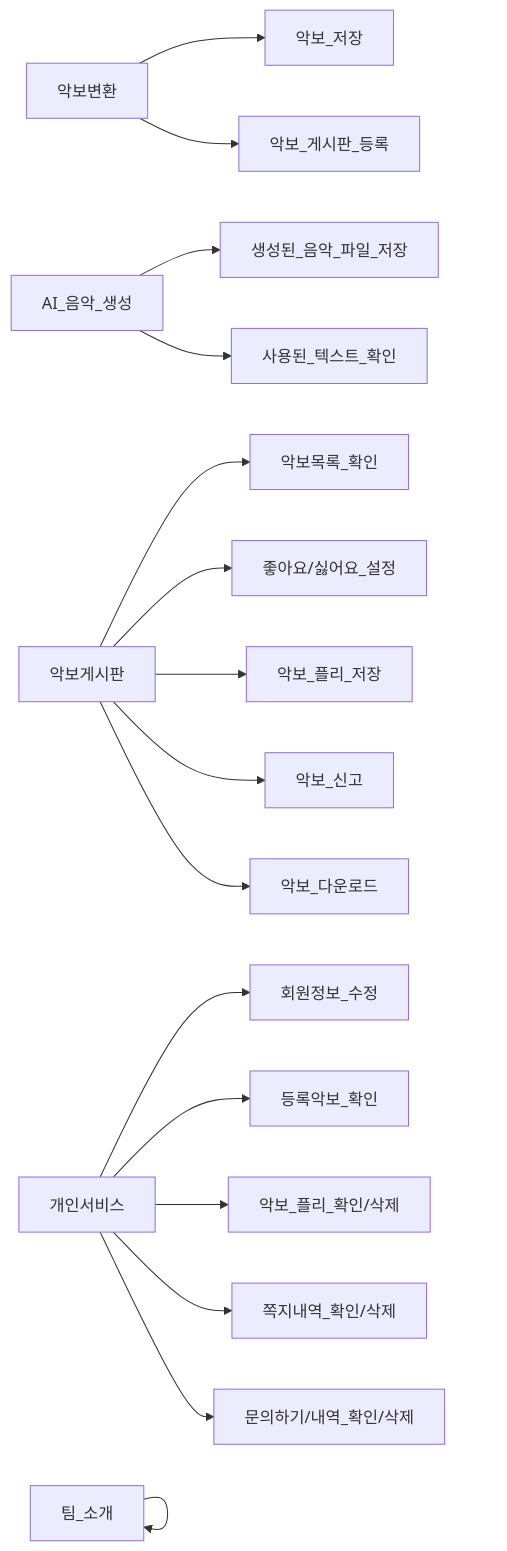
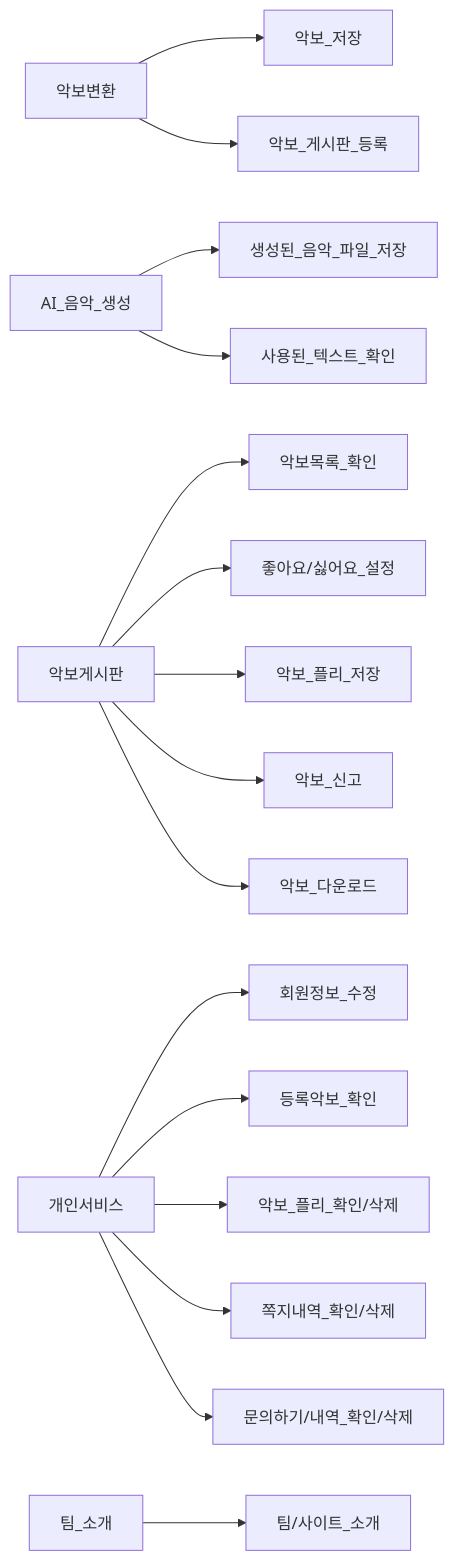
Before and after one commit to TeamCrescendo/Crescendo-Spring: the seventh of 7 diagrams in README.md, drawn with Mermaid.

Commit message:
readme.md 수정

````diff
--- a/README.md
+++ b/README.md
@@ -361,18 +361,18 @@
 ```mermaid
 flowchart LR
     악보변환 --> 악보_저장
     악보변환 --> 악보_게시판_등록
     AI_음악_생성 --> 생성된_음악_파일_저장
     AI_음악_생성 --> 사용된_텍스트_확인
     악보게시판 --> 악보목록_확인
     악보게시판 --> 좋아요/싫어요_설정
     악보게시판 --> 악보_플리_저장
     악보게시판 --> 악보_신고
     악보게시판 --> 악보_다운로드
     개인서비스 --> 회원정보_수정
     개인서비스 --> 등록악보_확인
     개인서비스 --> 악보_플리_확인/삭제
     개인서비스 --> 쪽지내역_확인/삭제
     개인서비스 --> 문의하기/내역_확인/삭제
-    팀_소개 --> 팀_소개
+    팀_소개 --> 팀/사이트_소개
 ```
````
